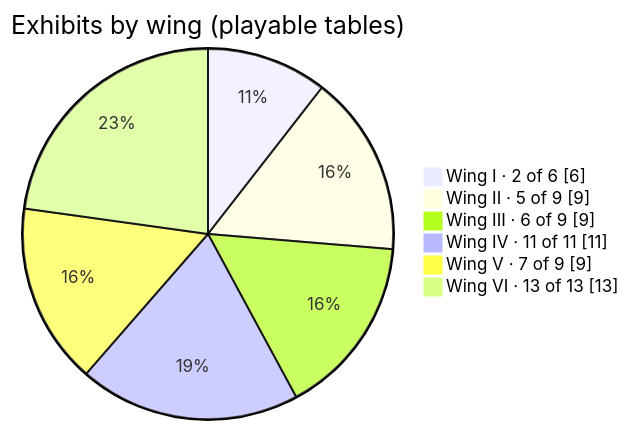
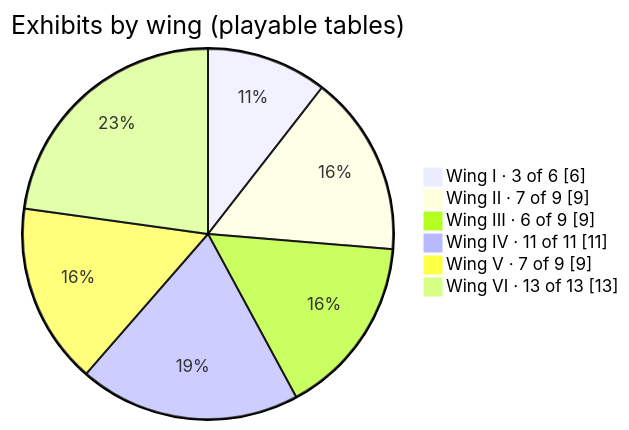
One commit to CptNope/Librarium-Archives changed the first of 8 diagrams in docs/exhibits.md. Above: the diagram before and after it, drawn with Mermaid. The commit also changed other lines of this file and 15 other files, not shown here.

````diff
--- a/docs/exhibits.md
+++ b/docs/exhibits.md
@@ -7,10 +7,10 @@
 ```mermaid
 pie showData
     title Exhibits by wing (playable tables)
-    "Wing I · 2 of 6" : 6
-    "Wing II · 5 of 9" : 9
+    "Wing I · 3 of 6" : 6
+    "Wing II · 7 of 9" : 9
     "Wing III · 6 of 9" : 9
     "Wing IV · 11 of 11" : 11
     "Wing V · 7 of 9" : 9
     "Wing VI · 13 of 13" : 13
 ```
````
